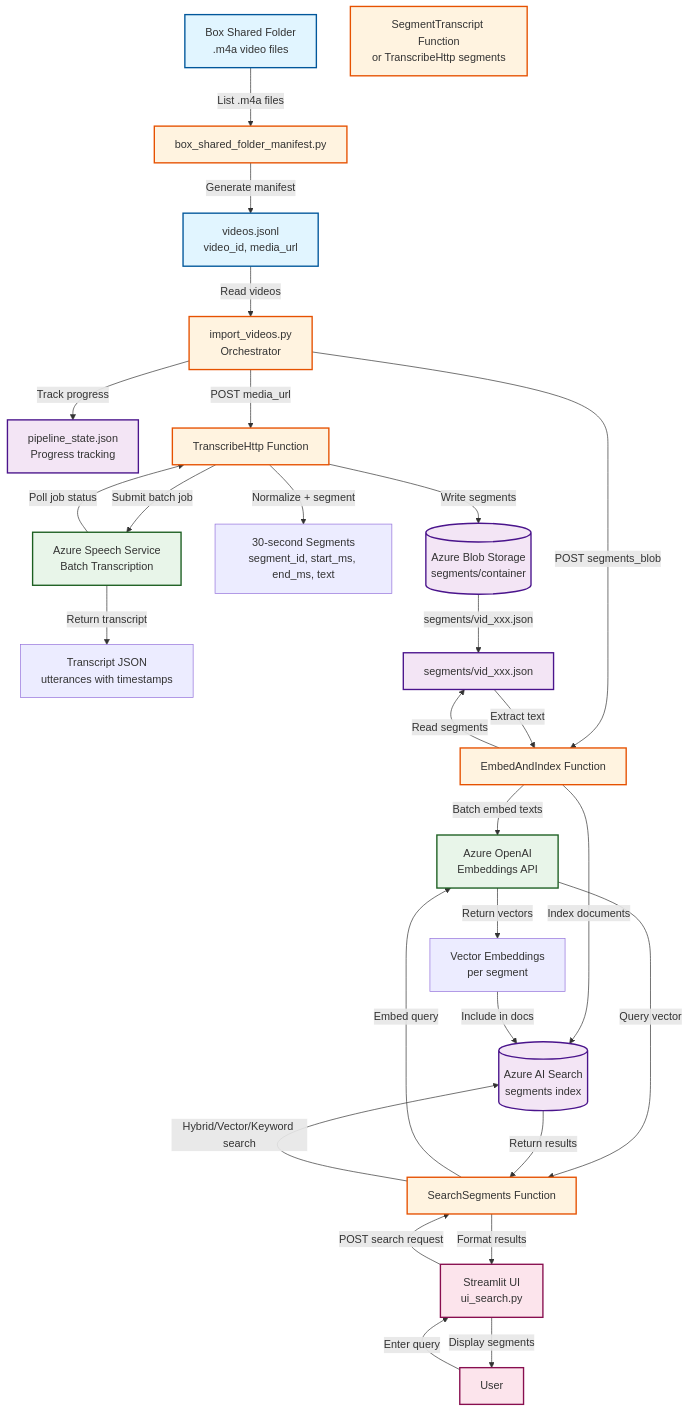
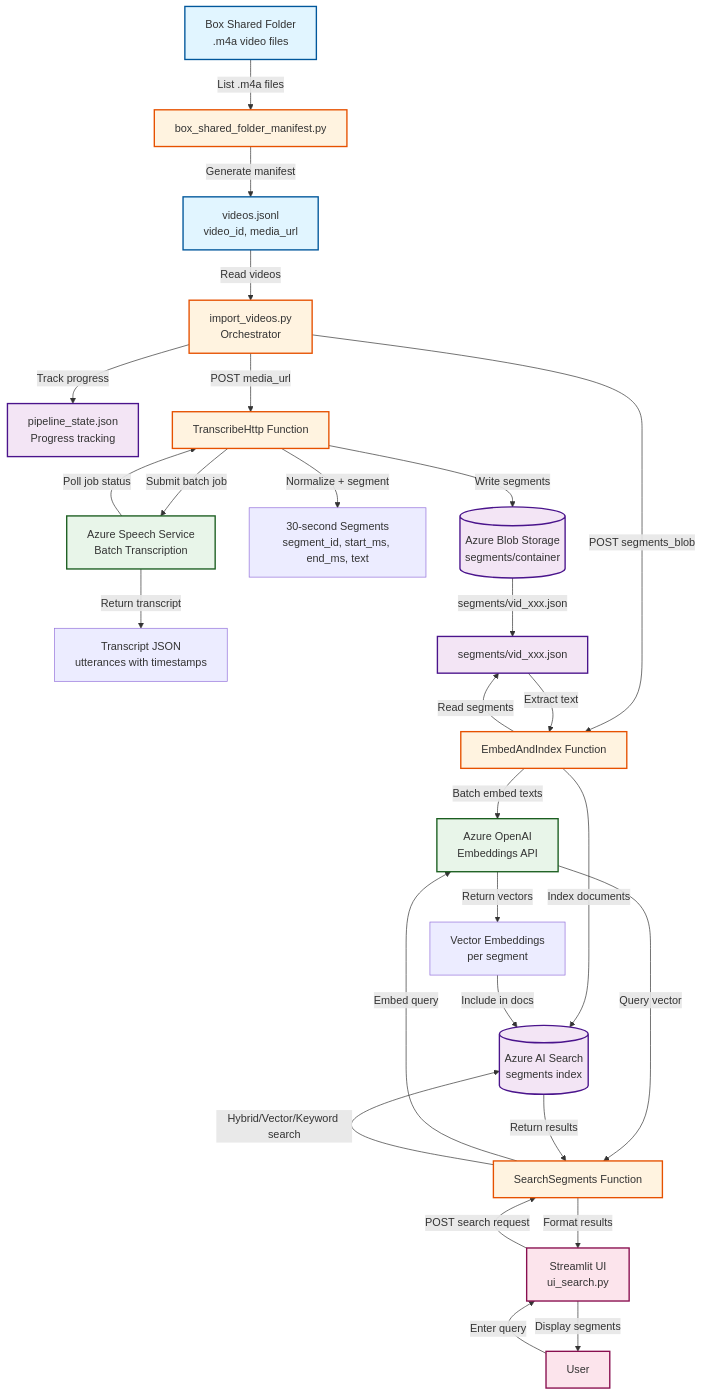
One commit to mileswhiteford/video-annotator changed the diagram in docs/data-flow-diagram.md. Above: the diagram before and after it, drawn with Mermaid. The commit also changed other lines of this file, not shown here.

```diff
--- a/docs/data-flow-diagram.md
+++ b/docs/data-flow-diagram.md
@@ -19,7 +19,6 @@
     Transcript[Transcript JSON<br/>utterances with timestamps]
     
     %% Segmentation
-    SegmentFn[SegmentTranscript Function<br/>or TranscribeHttp segments]
     Segments[30-second Segments<br/>segment_id, start_ms, end_ms, text]
     
     %% Storage
```
